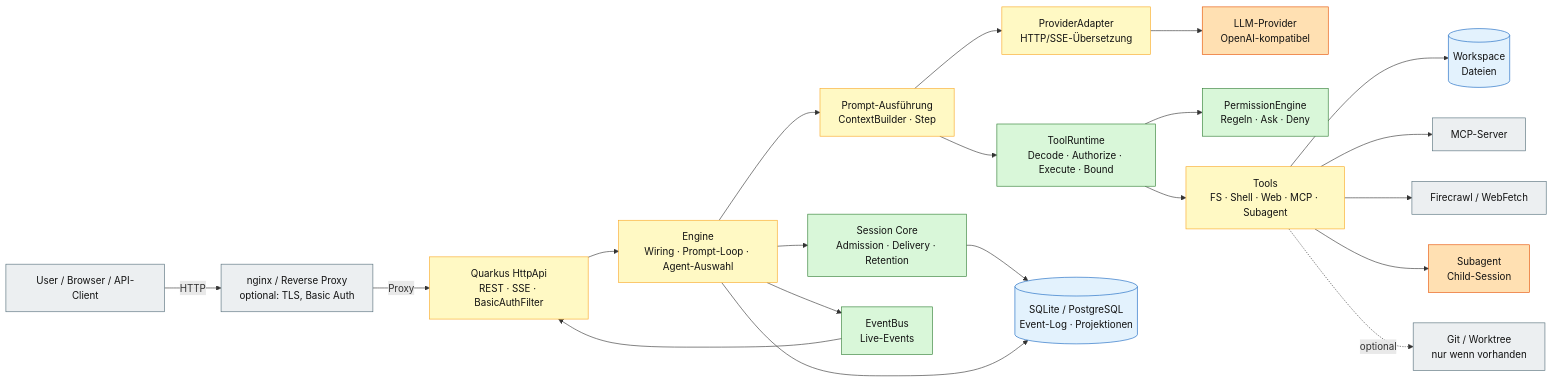
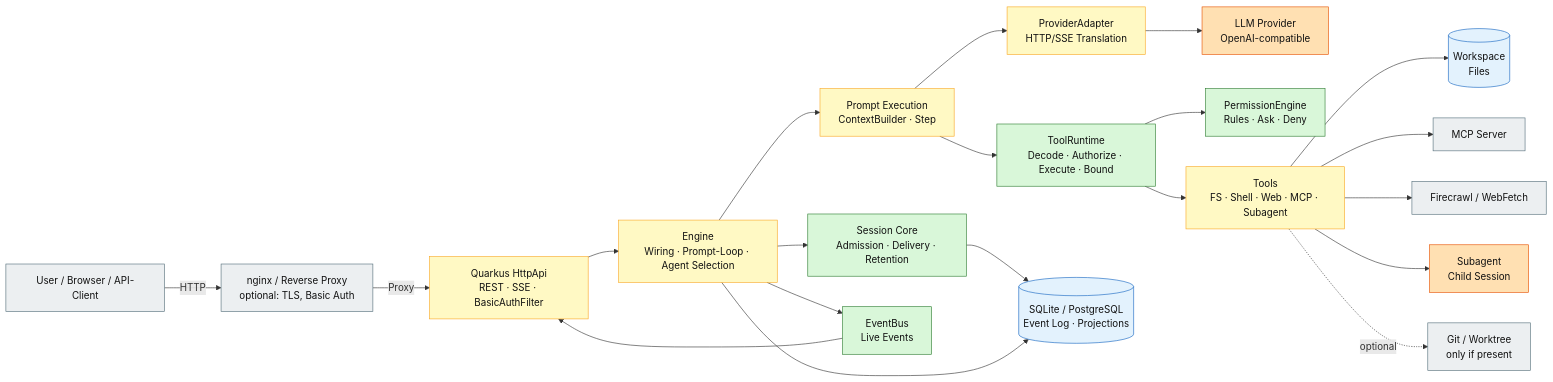
Before and after one commit to augmentia-de/QOC: the diagram in docs/diagrams/01-system-context.md, drawn with Mermaid. The commit also changed other lines of this file and 71 other files, not shown here.

````diff
--- a/docs/diagrams/01-system-context.md
+++ b/docs/diagrams/01-system-context.md
@@ -9,47 +9,47 @@
 ```mermaid
 flowchart LR
   User["User / Browser / API-Client"]:::ext
   Edge["nginx / Reverse Proxy<br/>optional: TLS, Basic Auth"]:::ext
   Api["Quarkus HttpApi<br/>REST · SSE · BasicAuthFilter"]:::mixed
-  Engine["Engine<br/>Wiring · Prompt-Loop · Agent-Auswahl"]:::mixed
+  Engine["Engine<br/>Wiring · Prompt-Loop · Agent Selection"]:::mixed
   Session["Session Core<br/>Admission · Delivery · Retention"]:::det
-  Exec["Prompt-Ausführung<br/>ContextBuilder · Step"]:::mixed
-  Provider["ProviderAdapter<br/>HTTP/SSE-Übersetzung"]:::mixed
-  Llm["LLM-Provider<br/>OpenAI-kompatibel"]:::llm
+  Exec["Prompt Execution<br/>ContextBuilder · Step"]:::mixed
+  Provider["ProviderAdapter<br/>HTTP/SSE Translation"]:::mixed
+  Llm["LLM Provider<br/>OpenAI-compatible"]:::llm
   Tools["ToolRuntime<br/>Decode · Authorize · Execute · Bound"]:::det
-  Perm["PermissionEngine<br/>Regeln · Ask · Deny"]:::det
+  Perm["PermissionEngine<br/>Rules · Ask · Deny"]:::det
   ToolSet["Tools<br/>FS · Shell · Web · MCP · Subagent"]:::mixed
-  Workspace[("Workspace<br/>Dateien")]:::store
-  Mcp["MCP-Server"]:::ext
+  Workspace[("Workspace<br/>Files")]:::store
+  Mcp["MCP Server"]:::ext
   Web["Firecrawl / WebFetch"]:::ext
-  Child["Subagent<br/>Child-Session"]:::llm
-  Store[("SQLite / PostgreSQL<br/>Event-Log · Projektionen")]:::store
-  Bus["EventBus<br/>Live-Events"]:::det
-  Git["Git / Worktree<br/>nur wenn vorhanden"]:::ext
+  Child["Subagent<br/>Child Session"]:::llm
+  Store[("SQLite / PostgreSQL<br/>Event Log · Projections")]:::store
+  Bus["EventBus<br/>Live Events"]:::det
+  Git["Git / Worktree<br/>only if present"]:::ext
 
   User -->|"HTTP"| Edge
   Edge -->|"Proxy"| Api
   Api --> Engine
   Engine --> Session
   Engine --> Exec
   Exec --> Provider
   Provider --> Llm
   Exec --> Tools
   Tools --> Perm
   Tools --> ToolSet
   ToolSet --> Workspace
   ToolSet --> Mcp
   ToolSet --> Web
   ToolSet --> Child
   Session --> Store
   Engine --> Store
   Engine --> Bus
   Bus --> Api
   ToolSet -.->|"optional"| Git
 
   classDef det fill:#d9f7d9,stroke:#2e7d32,stroke-width:1px,color:#111;
   classDef llm fill:#ffe0b2,stroke:#e65100,stroke-width:1px,color:#111;
   classDef mixed fill:#fff9c4,stroke:#f9a825,stroke-width:1px,color:#111;
   classDef ext fill:#eceff1,stroke:#546e7a,stroke-width:1px,color:#111;
   classDef store fill:#e3f2fd,stroke:#1565c0,stroke-width:1px,color:#111;
 ```
````
